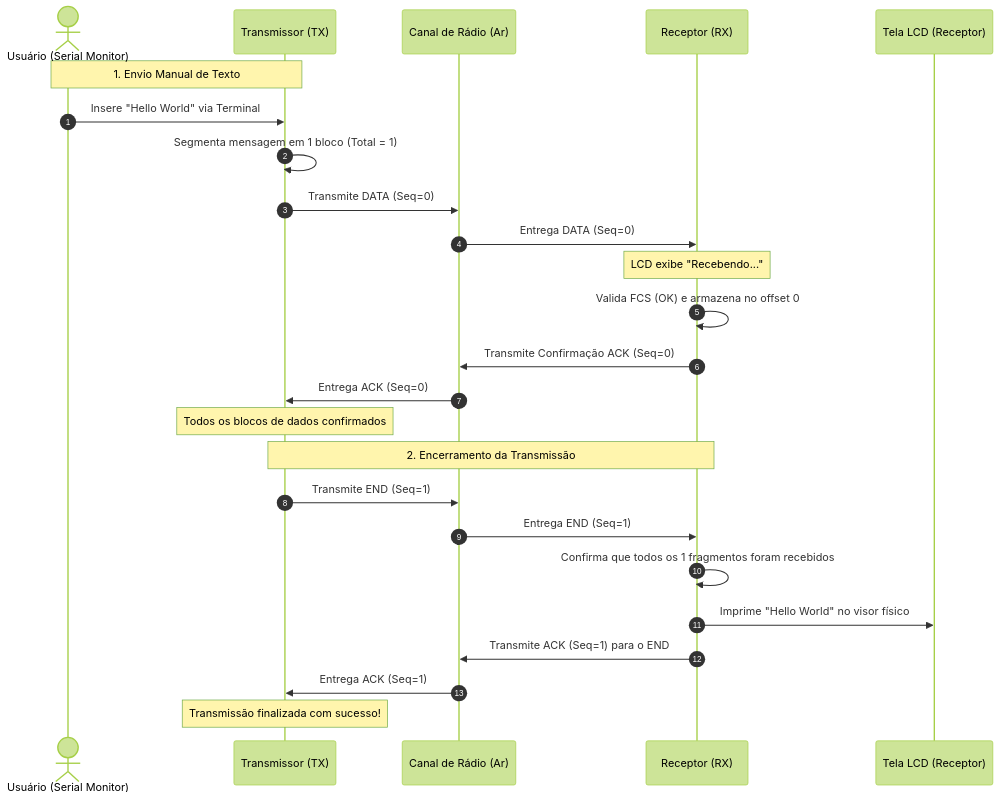
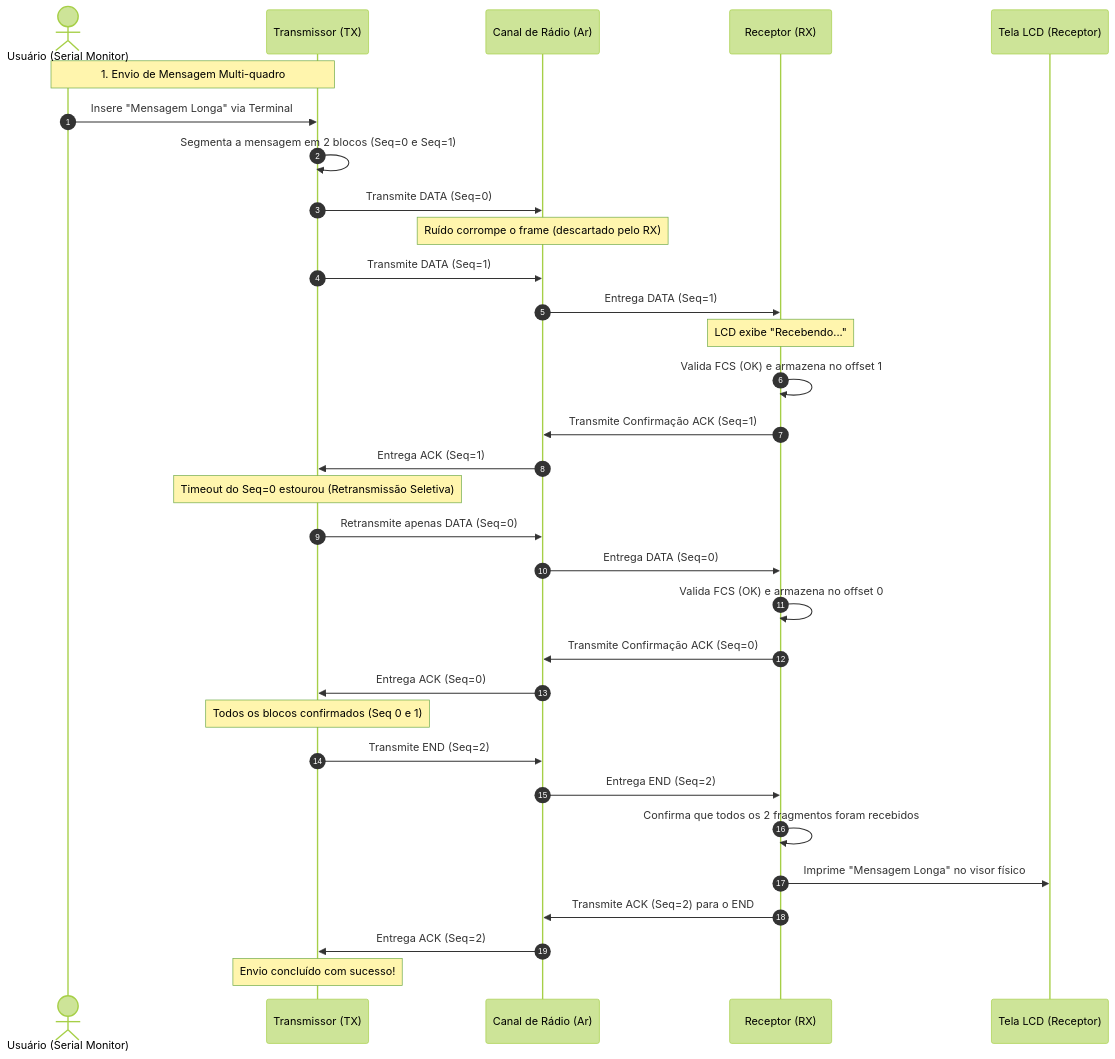
One commit to mateus-s-a/ESP32-Atividade-III changed the second of 3 diagrams in docs/funcionamento.md. Above: the diagram before and after it, drawn with Mermaid (forest theme). The commit also changed other lines of this file and 8 other files, not shown here.

````diff
--- a/docs/funcionamento.md
+++ b/docs/funcionamento.md
@@ -105,30 +91,39 @@
 ```mermaid
 sequenceDiagram
     autonumber
     actor Usuario as Usuário (Serial Monitor)
     participant TX as Transmissor (TX)
     participant Canal as Canal de Rádio (Ar)
     participant RX as Receptor (RX)
     participant LCD as Tela LCD (Receptor)
 
-    %% Caso de sucesso
-    Note over Usuario, TX: 1. Envio Manual de Texto
-    Usuario->>TX: Insere "Hello World" via Terminal
-    TX->>TX: Segmenta mensagem em 1 bloco (Total = 1)
+    Note over Usuario, TX: 1. Envio de Mensagem Multi-quadro
+    Usuario->>TX: Insere "Mensagem Longa" via Terminal
+    TX->>TX: Segmenta a mensagem em 2 blocos (Seq=0 e Seq=1)
+    
     TX->>Canal: Transmite DATA (Seq=0)
+    Note over Canal: Ruído corrompe o frame (descartado pelo RX)
+    
+    TX->>Canal: Transmite DATA (Seq=1)
+    Canal->>RX: Entrega DATA (Seq=1)
+    Note over RX: LCD exibe "Recebendo..."
+    RX->>RX: Valida FCS (OK) e armazena no offset 1
+    RX->>Canal: Transmite Confirmação ACK (Seq=1)
+    Canal->>TX: Entrega ACK (Seq=1)
+    
+    Note over TX: Timeout do Seq=0 estourou (Retransmissão Seletiva)
+    TX->>Canal: Retransmite apenas DATA (Seq=0)
     Canal->>RX: Entrega DATA (Seq=0)
-    Note over RX: LCD exibe "Recebendo..."
     RX->>RX: Valida FCS (OK) e armazena no offset 0
     RX->>Canal: Transmite Confirmação ACK (Seq=0)
     Canal->>TX: Entrega ACK (Seq=0)
-    Note over TX: Todos os blocos de dados confirmados
-
-    Note over TX, RX: 2. Encerramento da Transmissão
-    TX->>Canal: Transmite END (Seq=1)
-    Canal->>RX: Entrega END (Seq=1)
-    RX->>RX: Confirma que todos os 1 fragmentos foram recebidos
-    RX->>LCD: Imprime "Hello World" no visor físico
-    RX->>Canal: Transmite ACK (Seq=1) para o END
-    Canal->>TX: Entrega ACK (Seq=1)
-    Note over TX: Transmissão finalizada com sucesso!
+    
+    Note over TX: Todos os blocos confirmados (Seq 0 e 1)
+    TX->>Canal: Transmite END (Seq=2)
+    Canal->>RX: Entrega END (Seq=2)
+    RX->>RX: Confirma que todos os 2 fragmentos foram recebidos
+    RX->>LCD: Imprime "Mensagem Longa" no visor físico
+    RX->>Canal: Transmite ACK (Seq=2) para o END
+    Canal->>TX: Entrega ACK (Seq=2)
+    Note over TX: Envio concluído com sucesso!
 ```
````
